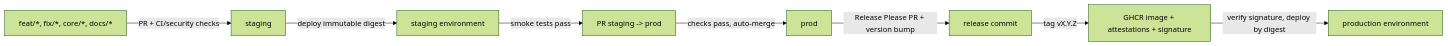
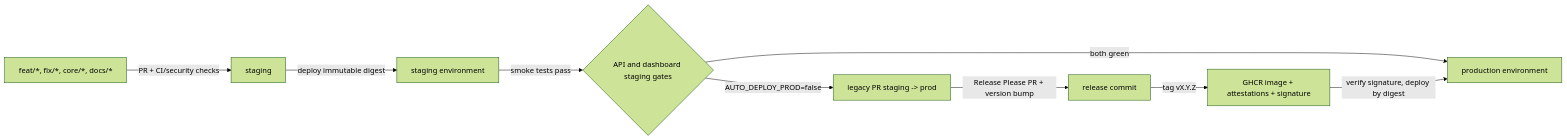
One commit to assali-mohamed-ali/api-MedLink changed the fifth of 5 diagrams in docs/ARCHITECTURE.md. Above: the diagram before and after it, drawn with Mermaid (forest theme). The commit also changed other lines of this file and 10 other files, not shown here.

First line of the commit message:
feat: deploy production from the verified staging digest

````diff
--- a/docs/ARCHITECTURE.md
+++ b/docs/ARCHITECTURE.md
@@ -264,10 +268,11 @@
 ```mermaid
 flowchart LR
   F[feat/*, fix/*, core/*, docs/*] -->|PR + CI/security checks| S[staging]
   S -->|deploy immutable digest| SE[staging environment]
-  SE -->|smoke tests pass| PR[PR staging -> prod]
-  PR -->|checks pass, auto-merge| P[prod]
-  P -->|Release Please PR + version bump| R[release commit]
+  SE -->|smoke tests pass| G{API and dashboard staging gates}
+  G -->|both green| PE[production environment]
+  G -->|AUTO_DEPLOY_PROD=false| PR[legacy PR staging -> prod]
+  PR -->|Release Please PR + version bump| R[release commit]
   R -->|tag vX.Y.Z| T[GHCR image + attestations + signature]
-  T -->|verify signature, deploy by digest| PE[production environment]
+  T -->|verify signature, deploy by digest| PE
 ```
````
